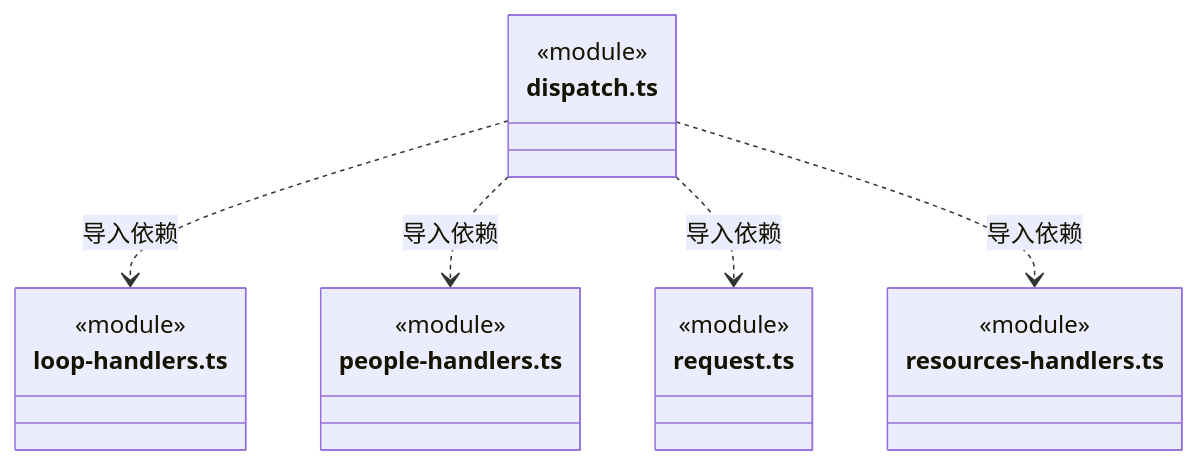
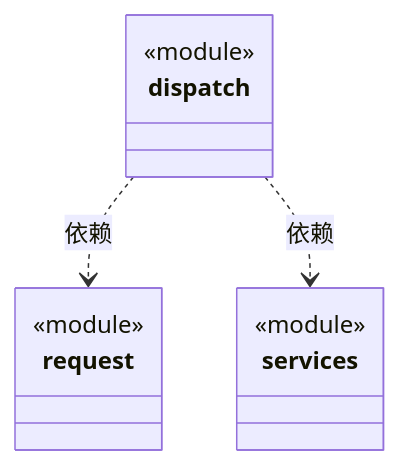
The diagram in src/bridge/server/ipc/ARCHITECTURE.md (nan023062/cbim), drawn with Mermaid before and after one commit. The commit also changed other lines of this file and 158 other files, not shown here.

Commit message:
docs: model architecture through nested virtual encapsulations

````diff
--- a/src/bridge/server/ipc/ARCHITECTURE.md
+++ b/src/bridge/server/ipc/ARCHITECTURE.md
@@ -595,22 +21,17 @@
 ```mermaid
 classDiagram
-class N_src_bridge_server_ipc_dispatch_ts["dispatch.ts"] {
+class N_d5a6e7c2069b["dispatch"] {
   <<module>>
 }
-class N_src_bridge_server_ipc_loop_handlers_ts["loop-handlers.ts"] {
+click N_d5a6e7c2069b href "dispatch.ts"
+class N_0d537f00c314["request"] {
   <<module>>
 }
-class N_src_bridge_server_ipc_people_handlers_ts["people-handlers.ts"] {
+click N_0d537f00c314 href "request.ts"
+class N_05abcf994192["services"] {
   <<module>>
 }
-class N_src_bridge_server_ipc_request_ts["request.ts"] {
-  <<module>>
-}
-class N_src_bridge_server_ipc_resources_handlers_ts["resources-handlers.ts"] {
-  <<module>>
-}
-N_src_bridge_server_ipc_dispatch_ts ..> N_src_bridge_server_ipc_loop_handlers_ts : 导入依赖
-N_src_bridge_server_ipc_dispatch_ts ..> N_src_bridge_server_ipc_people_handlers_ts : 导入依赖
-N_src_bridge_server_ipc_dispatch_ts ..> N_src_bridge_server_ipc_request_ts : 导入依赖
-N_src_bridge_server_ipc_dispatch_ts ..> N_src_bridge_server_ipc_resources_handlers_ts : 导入依赖
+click N_05abcf994192 href "services.ts"
+N_d5a6e7c2069b ..> N_0d537f00c314 : 依赖
+N_d5a6e7c2069b ..> N_05abcf994192 : 依赖
 ```
````
